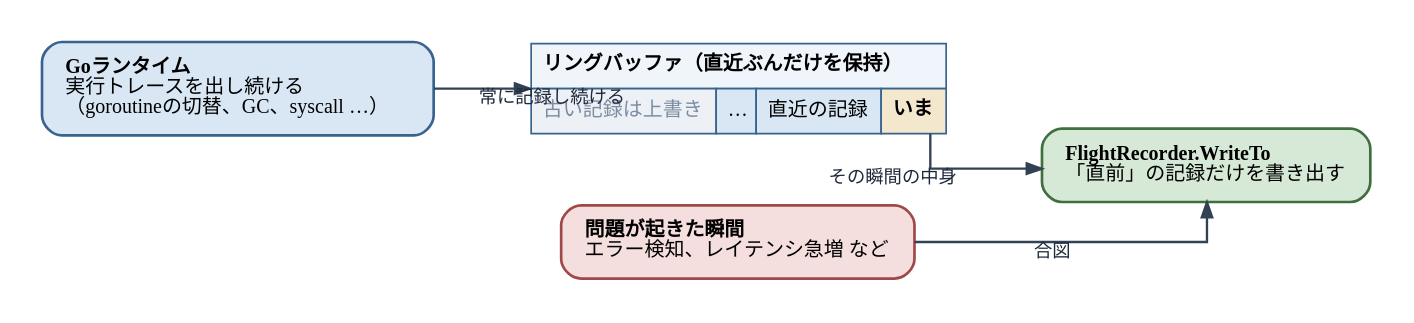
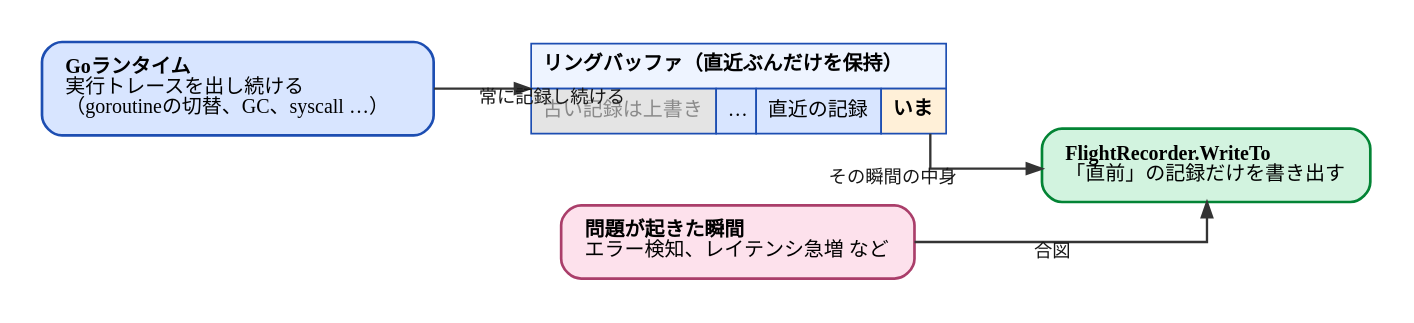
The diagram in diagrams/go-ebpf-primer/20260820-flight-recording.dot (ymotongpoo/zenn.dev), drawn with Graphviz before and after one commit. The commit also changed 111 other files, not shown here.

First line of the commit message:
change(go-ebpf-primer): 図の配色をGrafana Labsブランドガイド準拠に更新

```diff
--- a/diagrams/go-ebpf-primer/20260820-flight-recording.dot
+++ b/diagrams/go-ebpf-primer/20260820-flight-recording.dot
@@ -1,46 +1,46 @@
 // flight recording: リングバッファに直近を保持し、問題発生の瞬間に「直前」を取り出す
 digraph flight_recording {
   graph [
     rankdir=LR, compound=true, splines=ortho,
     fontname="IBM Plex Sans JP", fontsize=13,
     nodesep=0.6, ranksep=0.8,
     bgcolor="white", pad=0.25, newrank=true
   ];
   node [
     fontname="IBM Plex Sans JP", fontsize=12,
     shape=box, style="rounded,filled",
-    fillcolor="#F1F5F9", color="#475569", penwidth=1.6,
+    fillcolor="#F1F1F1", color="#4A4A4A", penwidth=1.6,
     margin="0.2,0.14"
   ];
   edge [
     fontname="IBM Plex Sans JP", fontsize=11,
-    color="#334155", penwidth=1.4, arrowsize=0.9,
-    fontcolor="#1E293B"
+    color="#343434", penwidth=1.4, arrowsize=0.9,
+    fontcolor="#171717"
   ];
 
   runtime [label=<<b>Goランタイム</b><br align="left"/>実行トレースを出し続ける<br align="left"/>（goroutineの切替、GC、syscall …）<br align="left"/>>,
-           fillcolor="#D9E7F4", color="#38638F"];
+           fillcolor="#D8E5FF", color="#1D4EB2"];
 
   ring [shape=plain, style="", label=<
-    <table border="0" cellborder="1" cellspacing="0" cellpadding="6" color="#38638F">
-      <tr><td colspan="4" align="left" bgcolor="#EFF5FB"><b>リングバッファ（直近ぶんだけを保持）</b></td></tr>
+    <table border="0" cellborder="1" cellspacing="0" cellpadding="6" color="#1D4EB2">
+      <tr><td colspan="4" align="left" bgcolor="#EEF4FF"><b>リングバッファ（直近ぶんだけを保持）</b></td></tr>
       <tr>
-        <td bgcolor="#EDF1F5"><font color="#7C8DA3">古い記録は上書き</font></td>
-        <td bgcolor="#D9E7F4">…</td>
-        <td bgcolor="#D9E7F4">直近の記録</td>
-        <td bgcolor="#F3E8CE"><b>いま</b></td>
+        <td bgcolor="#E4E4E4"><font color="#8A8A8A">古い記録は上書き</font></td>
+        <td bgcolor="#D8E5FF">…</td>
+        <td bgcolor="#D8E5FF">直近の記録</td>
+        <td bgcolor="#FFF0D8"><b>いま</b></td>
       </tr>
     </table>>];
 
   trigger [label=<<b>問題が起きた瞬間</b><br align="left"/>エラー検知、レイテンシ急増 など<br align="left"/>>,
-           fillcolor="#F5DEDE", color="#A04848"];
+           fillcolor="#FDE1EC", color="#AA3E6A"];
 
   snap [label=<<font face="JetBrains Mono"><b>FlightRecorder.WriteTo</b></font><br align="left"/>「直前」の記録だけを書き出す<br align="left"/>>,
-        fillcolor="#D6E8D6", color="#3F6E3F"];
+        fillcolor="#D2F3DF", color="#038435"];
 
   runtime -> ring [xlabel=" 常に記録し続ける"];
   ring -> snap [xlabel=" その瞬間の中身"];
   trigger -> snap [xlabel=" 合図"];
 
   { rank=same; trigger; ring; }
 }
```
